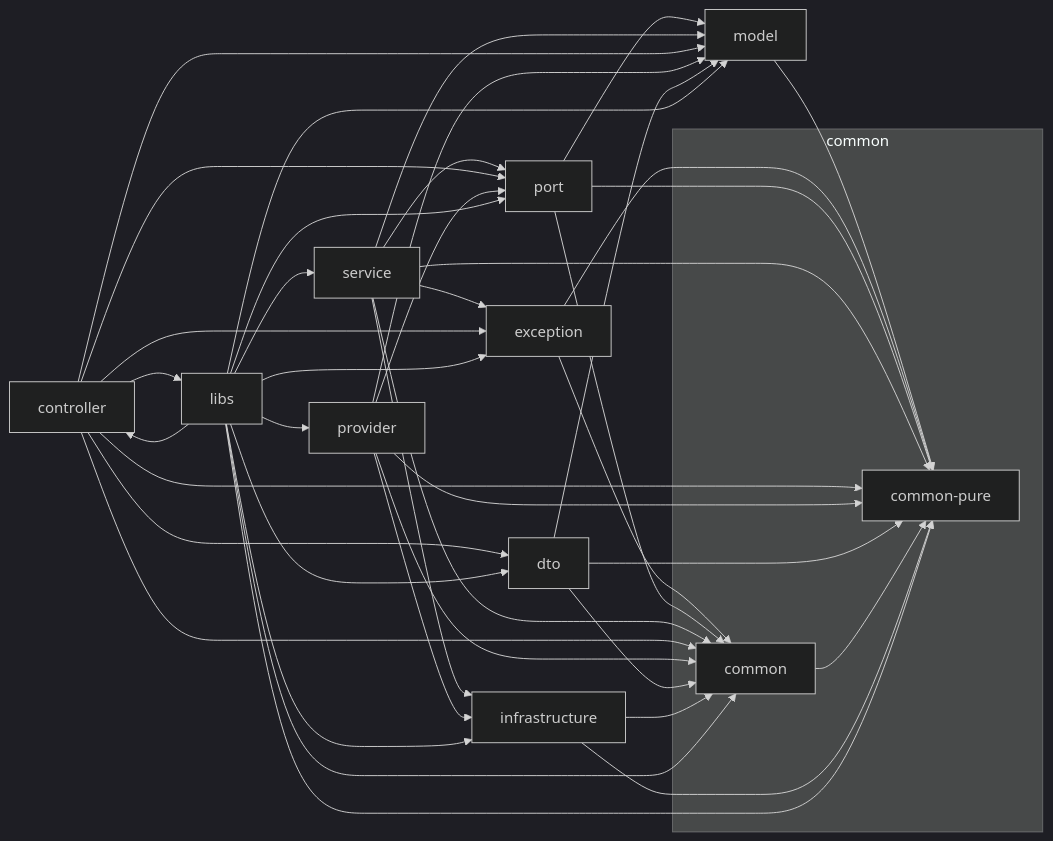
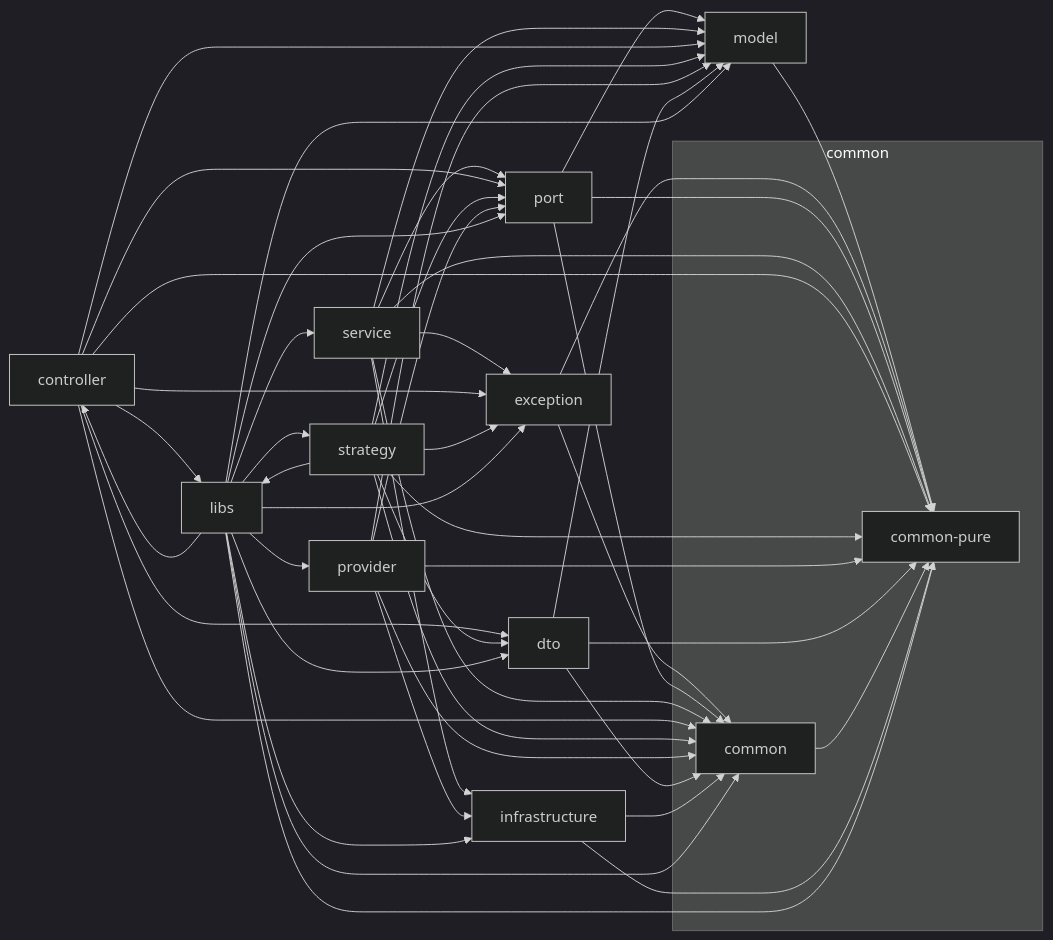
Before and after one commit to JosephNK/jkit-code-plugin: the diagram in rules/nestjs/base/lint-rules-diagram.md, drawn with Mermaid (dark theme). The commit also changed 4 other files, not shown here.

````diff
--- a/rules/nestjs/base/lint-rules-diagram.md
+++ b/rules/nestjs/base/lint-rules-diagram.md
@@ -10,56 +10,65 @@
 ```mermaid
 graph LR
   subgraph g_common [common]
     common_pure["common-pure"]
     common["common"]
   end
   model["model"]
   exception["exception"]
   port["port"]
   service["service"]
   infrastructure["infrastructure"]
   controller["controller"]
   dto["dto"]
   libs["libs"]
+  strategy["strategy"]
   provider["provider"]
   model --> common_pure
   exception --> common
   exception --> common_pure
   port --> model
   port --> common
   port --> common_pure
   service --> model
   service --> port
   service --> exception
   service --> common
   service --> common_pure
   service --> infrastructure
   controller --> port
   controller --> dto
   controller --> model
   controller --> exception
   controller --> common
   controller --> common_pure
   controller --> libs
+  strategy --> port
+  strategy --> dto
+  strategy --> model
+  strategy --> exception
+  strategy --> common
+  strategy --> common_pure
+  strategy --> libs
   provider --> port
   provider --> model
   provider --> common
   provider --> common_pure
   provider --> infrastructure
   dto --> model
   dto --> common
   dto --> common_pure
   common --> common_pure
   infrastructure --> common
   infrastructure --> common_pure
   libs --> model
   libs --> port
   libs --> service
   libs --> controller
+  libs --> strategy
   libs --> provider
   libs --> exception
   libs --> dto
   libs --> common
   libs --> common_pure
   libs --> infrastructure
 ```
````
